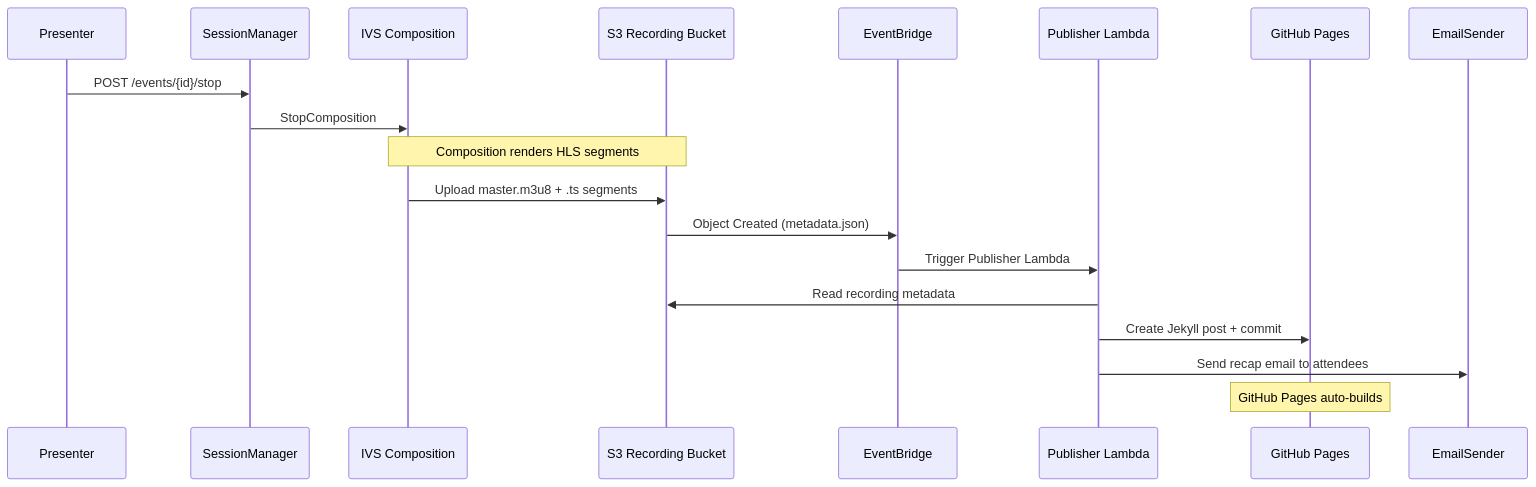
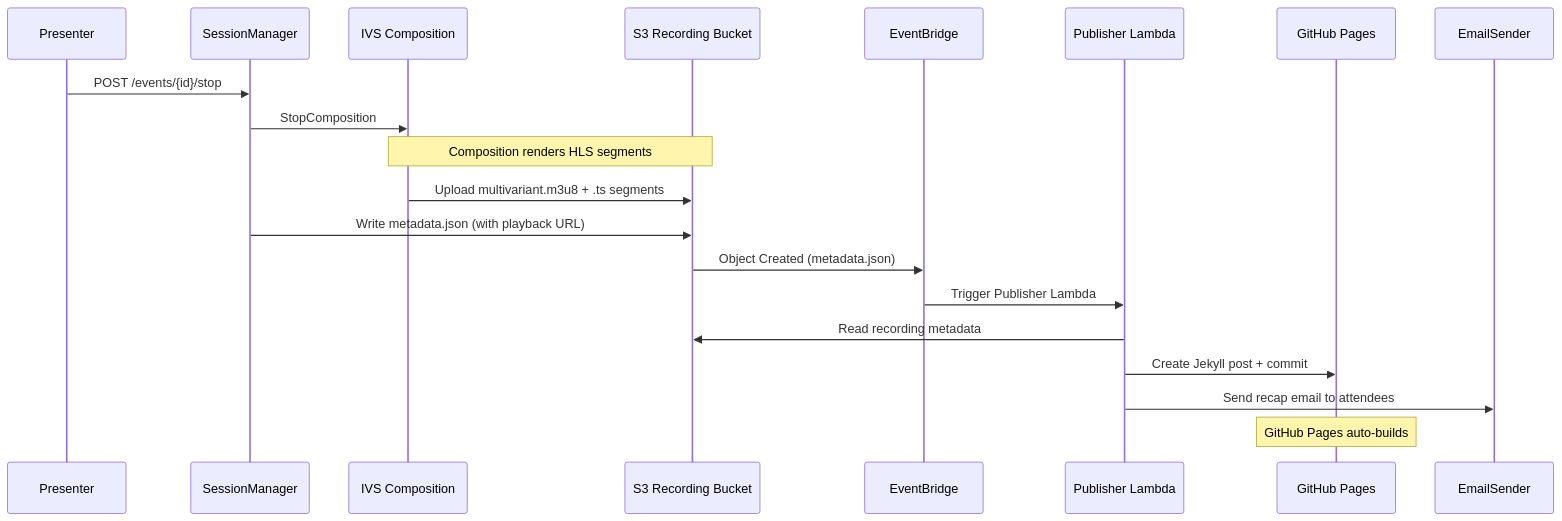
One commit to ronin48llc/aws-virtual-meetups changed the fifth of 9 diagrams in docs/ARCHITECTURE.md. Above: the diagram before and after it, drawn with Mermaid. The commit also changed other lines of this file and 2 other files, not shown here.

Commit message:
docs: remove stale references to deleted TranscriptionStack and dead WAF
Documentation cleanup after this cycle's structural changes:

- cdk/README.md: drop all TranscriptionStack references (stack, Lambda,
  dependency-graph node, stack table row, TranscriptionFunctionArn
  output). The lib/lambda listings and dependency graph were also missing
  DNS, Email, and Observability entirely — corrected to the actual 9
  stacks. Fixed the API 'WAF' claim (WAFv2 can't attach to API GW v2;
  removed), the env-suffixed GitHub secret name, and the Cognito
  advanced-security mode (AUDIT, not ENFORCED).
- docs/ARCHITECTURE.md: remove the dead REGIONAL-scope API WAF node and
  fix the recording flow — IVS writes multivariant.m3u8 (not
  master.m3u8), and session-manager writes metadata.json.
- docs/WELL-ARCHITECTED.md: 10 stacks → 9.

Also removed the orphaned .claude worktree from the merged CSP PR (#168),
which was a full-repo duplicate producing duplicate doc paths.

````diff
--- a/docs/ARCHITECTURE.md
+++ b/docs/ARCHITECTURE.md
@@ -206,22 +205,23 @@
 ```mermaid
 sequenceDiagram
     participant Presenter
     participant Session as SessionManager
     participant IVS as IVS Composition
     participant S3 as S3 Recording Bucket
     participant EB as EventBridge
     participant Pub as Publisher Lambda
     participant GH as GitHub Pages
     participant Email as EmailSender
 
     Presenter->>Session: POST /events/{id}/stop
     Session->>IVS: StopComposition
     Note over IVS,S3: Composition renders HLS segments
-    IVS->>S3: Upload master.m3u8 + .ts segments
+    IVS->>S3: Upload multivariant.m3u8 + .ts segments
+    Session->>S3: Write metadata.json (with playback URL)
     S3->>EB: Object Created (metadata.json)
     EB->>Pub: Trigger Publisher Lambda
     Pub->>S3: Read recording metadata
     Pub->>GH: Create Jekyll post + commit
     Pub->>Email: Send recap email to attendees
     Note over GH: GitHub Pages auto-builds
 ```
````
